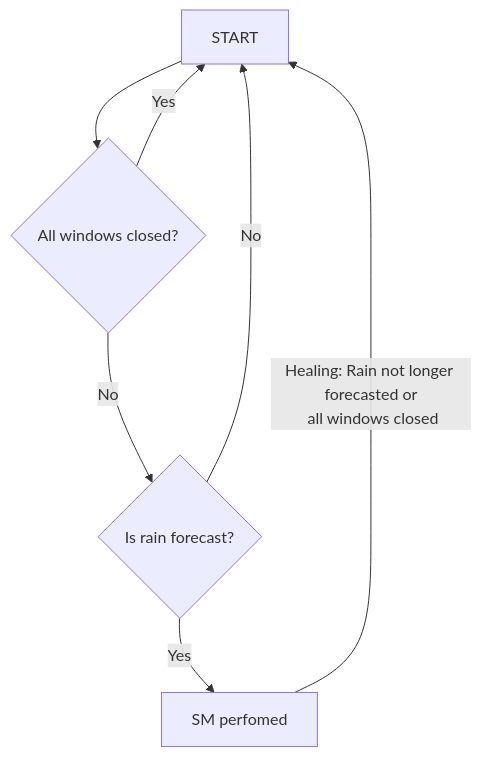
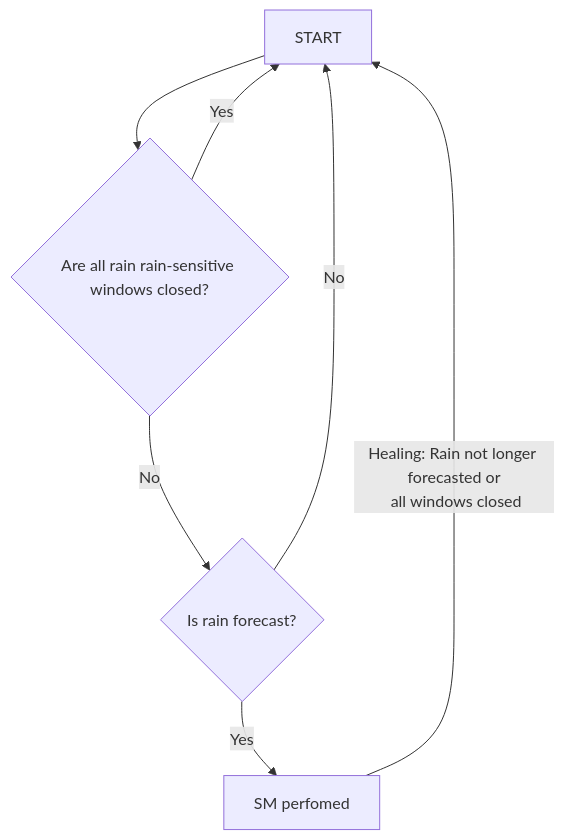
The fourth of 18 diagrams in SafetyConcept/SafetyConcept copy - SYS.md (Arkaqius/SafetyComponent), drawn with Mermaid before and after one commit. The commit also changed other lines of this file, not shown here.

````diff
--- a/SafetyConcept/SafetyConcept copy - SYS.md
+++ b/SafetyConcept/SafetyConcept copy - SYS.md
@@ -211,9 +222,9 @@
 ```mermaid
 flowchart TD
-    A[START] -->| | B{All windows closed?}
+    A[START] -->| | B{Are all rain rain-sensitive windows closed?}
     B -->|Yes| A
     B -->|No| C{Is rain forecast?}
     C -->|No| A
     C -->|Yes| E[SM perfomed]
     E -->|Healing: Rain not longer forecasted or\n all windows closed| A
 ```
````
